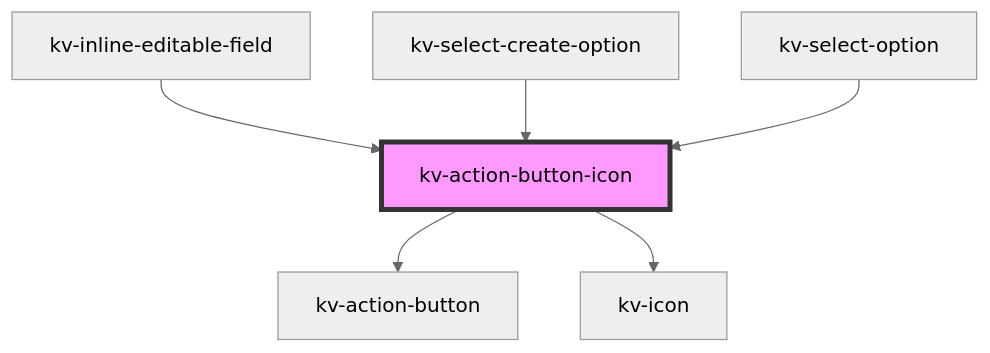
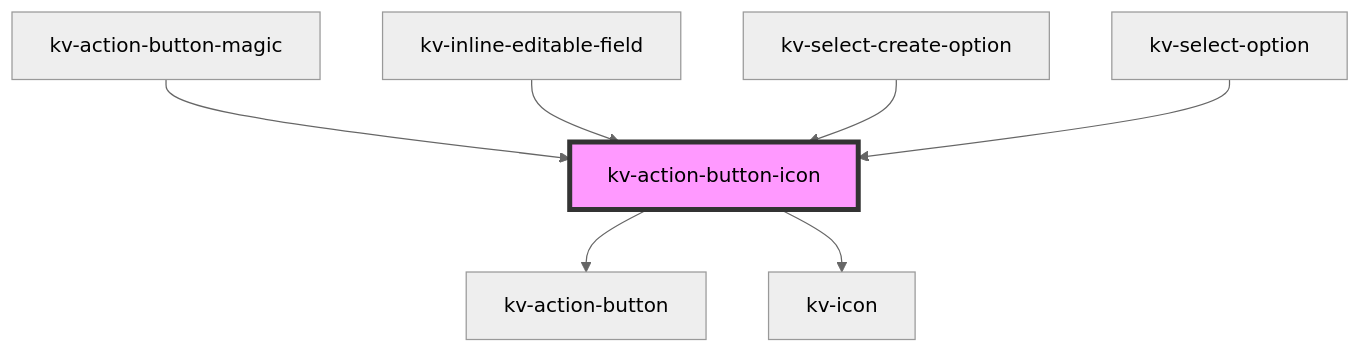
The diagram in packages/ui-components/src/components/action-button-icon/readme.md (kelvininc/ui-components), drawn with Mermaid (neutral theme) before and after one commit. The commit also changed other lines of this file and 4 other files, not shown here.

Commit message:
feat(magic): add icon only button to `kv-action-button-magic`

````diff
--- a/packages/ui-components/src/components/action-button-icon/readme.md
+++ b/packages/ui-components/src/components/action-button-icon/readme.md
@@ -88,9 +89,10 @@
 ```mermaid
 graph TD;
   kv-action-button-icon --> kv-action-button
   kv-action-button-icon --> kv-icon
+  kv-action-button-magic --> kv-action-button-icon
   kv-inline-editable-field --> kv-action-button-icon
   kv-select-create-option --> kv-action-button-icon
   kv-select-option --> kv-action-button-icon
   style kv-action-button-icon fill:#f9f,stroke:#333,stroke-width:4px
 ```
````
